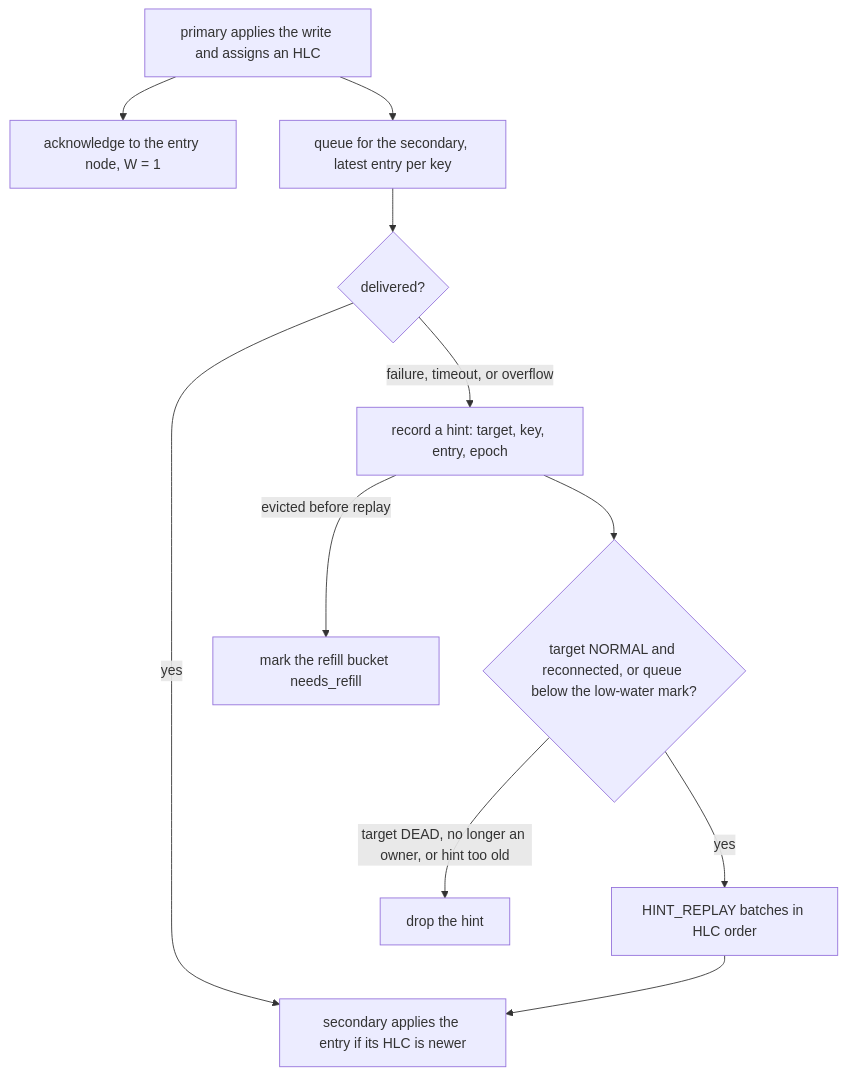
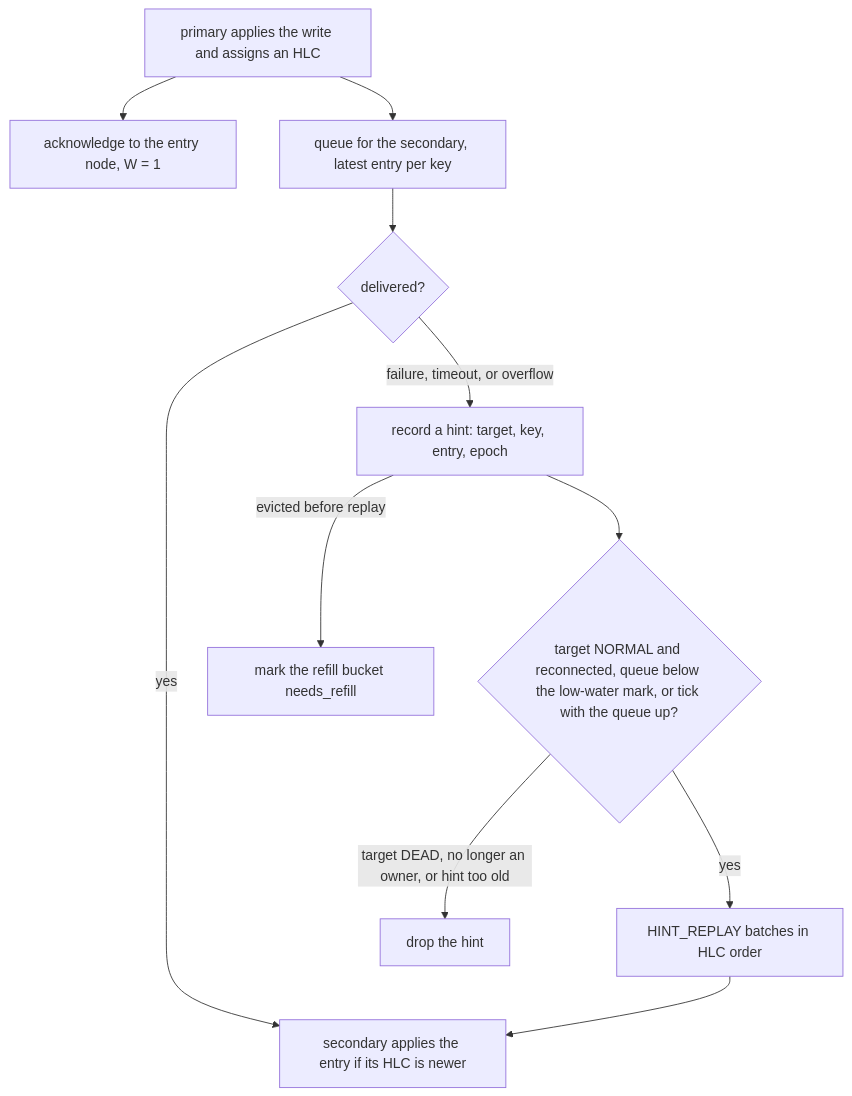
One commit to RonaldPhilipsen/Discus changed the tenth of 13 diagrams in docs/design.md. Above: the diagram before and after it, drawn with Mermaid. The commit also changed other lines of this file and 19 other files, not shown here.

````diff
--- a/docs/design.md
+++ b/docs/design.md
@@ -767,20 +785,20 @@
 ```mermaid
 flowchart TD
     write["primary applies the write and assigns an HLC"]
     ack["acknowledge to the entry node, W = 1"]
     queue["queue for the secondary, latest entry per key"]
     sent{"delivered?"}
     apply["secondary applies the entry if its HLC is newer"]
     hint["record a hint: target, key, entry, epoch"]
-    ready{"target NORMAL and reconnected, or queue below the low-water mark?"}
+    ready{"target NORMAL and reconnected, queue below the low-water mark, or tick with the queue up?"}
     replay["HINT_REPLAY batches in HLC order"]
     drop["drop the hint"]
     refill["mark the refill bucket needs_refill"]
     write --> ack
     write --> queue --> sent
     sent -->|"yes"| apply
     sent -->|"failure, timeout, or overflow"| hint --> ready
     ready -->|"yes"| replay --> apply
     ready -->|"target DEAD, no longer an owner, or hint too old"| drop
     hint -->|"evicted before replay"| refill
 ```
````
